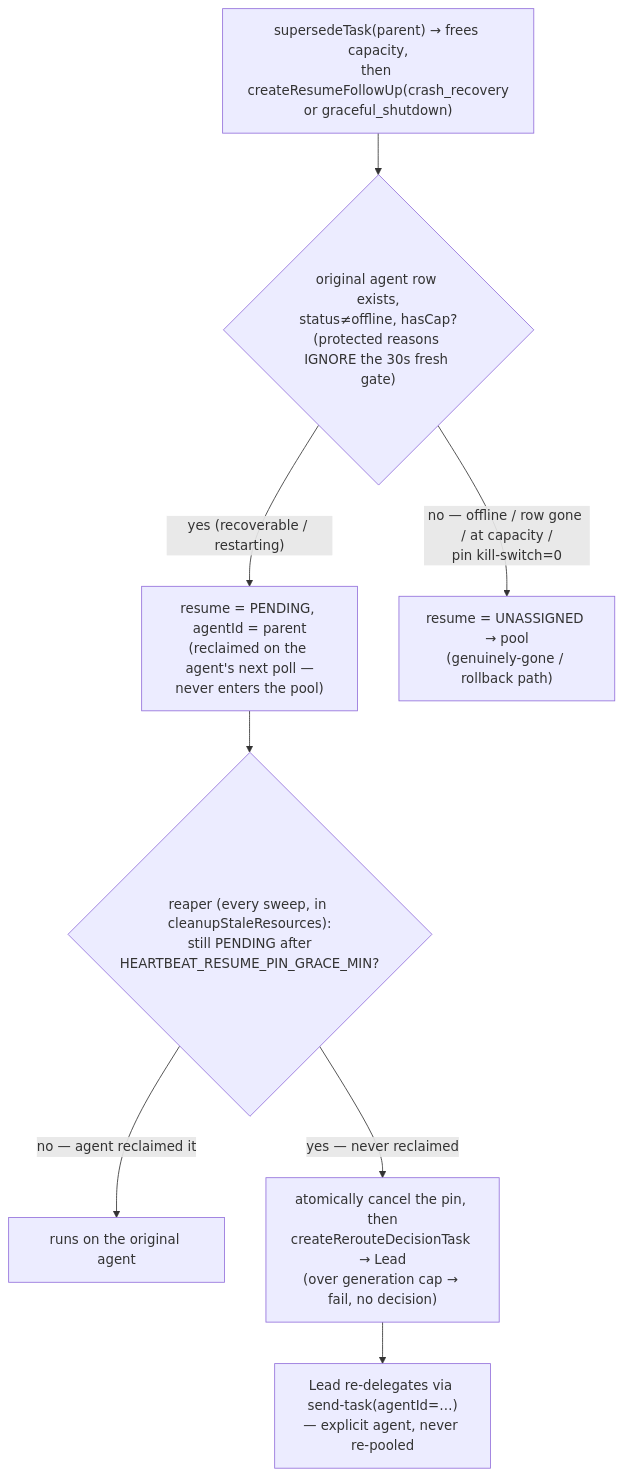
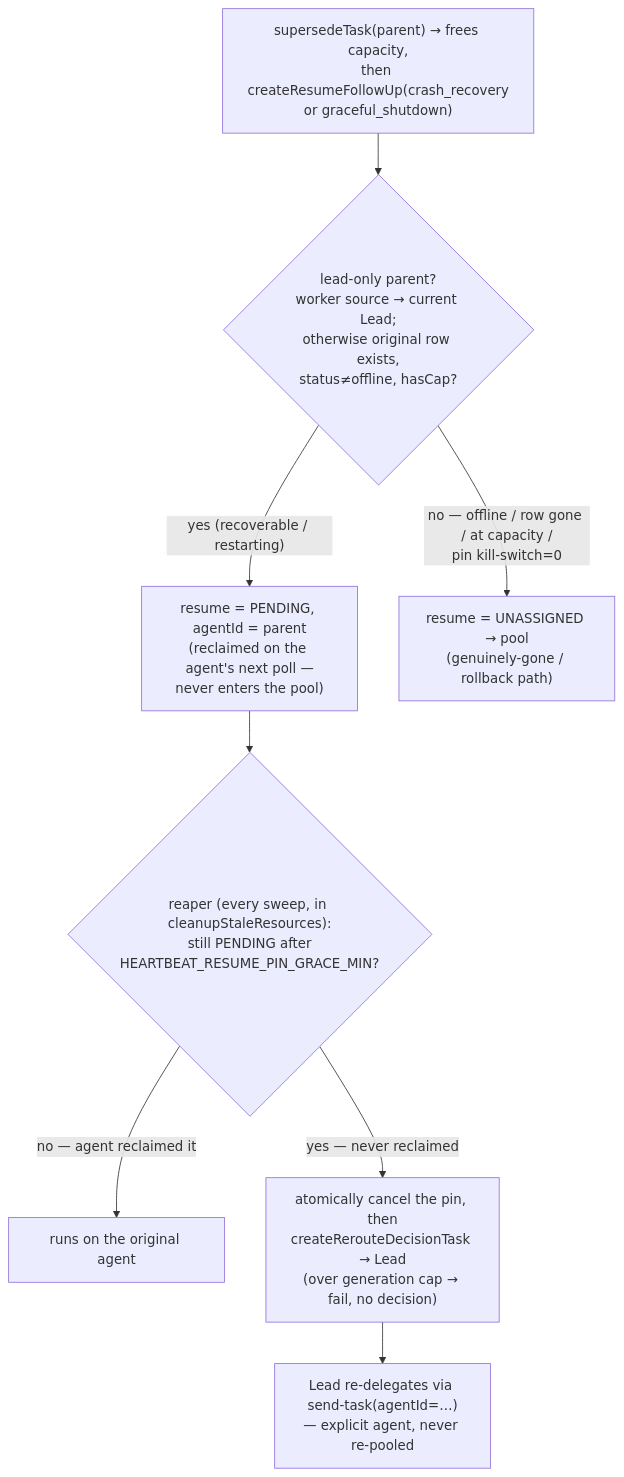
One commit to desplega-ai/agent-swarm changed the third of 4 diagrams in runbooks/heartbeat-crash-recovery.md. Above: the diagram before and after it, drawn with Mermaid. The commit also changed other lines of this file and 11 other files, not shown here.

Commit message:
fix: enforce lead-only task routing

````diff
--- a/runbooks/heartbeat-crash-recovery.md
+++ b/runbooks/heartbeat-crash-recovery.md
@@ -113,11 +113,11 @@
 ```mermaid
 flowchart TD
   entry["supersedeTask(parent) → frees capacity,<br/>then createResumeFollowUp(crash_recovery<br/>or graceful_shutdown)"]
-  entry --> gate{"original agent row exists,<br/>status≠offline, hasCap?<br/>(protected reasons IGNORE the 30s fresh gate)"}
+  entry --> gate{"lead-only parent?<br/>worker source → current Lead;<br/>otherwise original row exists,<br/>status≠offline, hasCap?"}
   gate -->|"yes (recoverable / restarting)"| pin["resume = PENDING, agentId = parent<br/>(reclaimed on the agent's next poll —<br/>never enters the pool)"]
   gate -->|"no — offline / row gone / at capacity /<br/>pin kill-switch=0"| pool["resume = UNASSIGNED → pool<br/>(genuinely-gone / rollback path)"]
   pin --> reap{"reaper (every sweep, in cleanupStaleResources):<br/>still PENDING after<br/>HEARTBEAT_RESUME_PIN_GRACE_MIN?"}
   reap -->|"no — agent reclaimed it"| ok["runs on the original agent"]
   reap -->|"yes — never reclaimed"| esc["atomically cancel the pin, then<br/>createRerouteDecisionTask → Lead<br/>(over generation cap → fail, no decision)"]
   esc --> lead["Lead re-delegates via send-task(agentId=…)<br/>— explicit agent, never re-pooled"]
 ```
````
